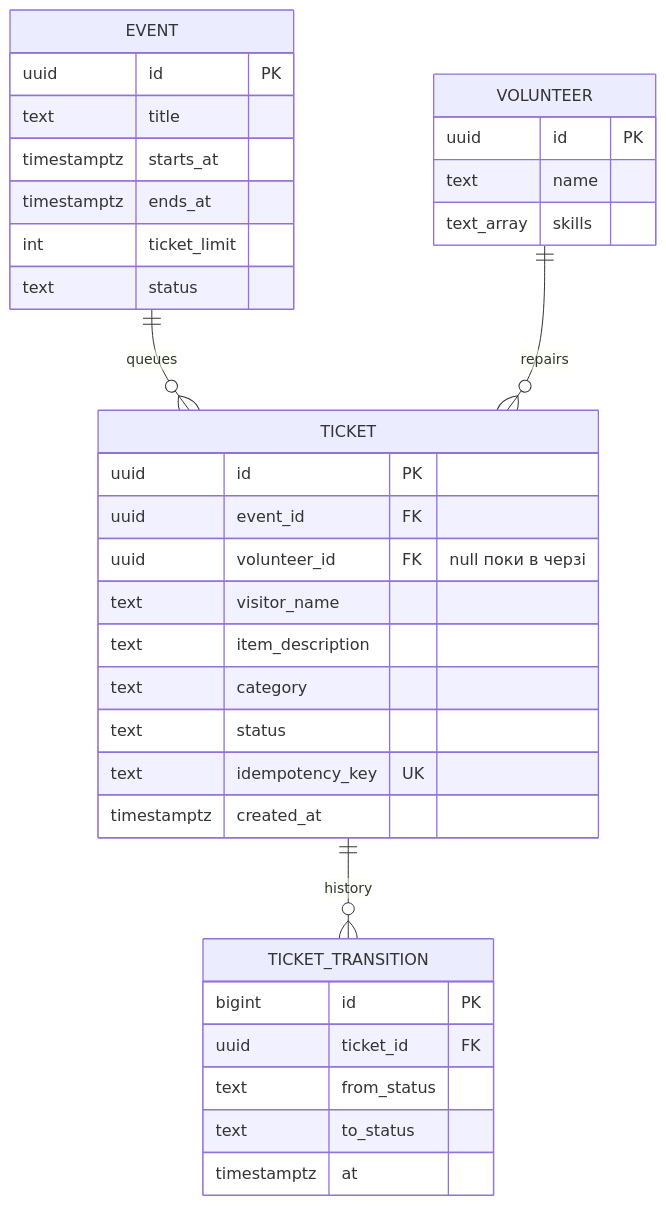
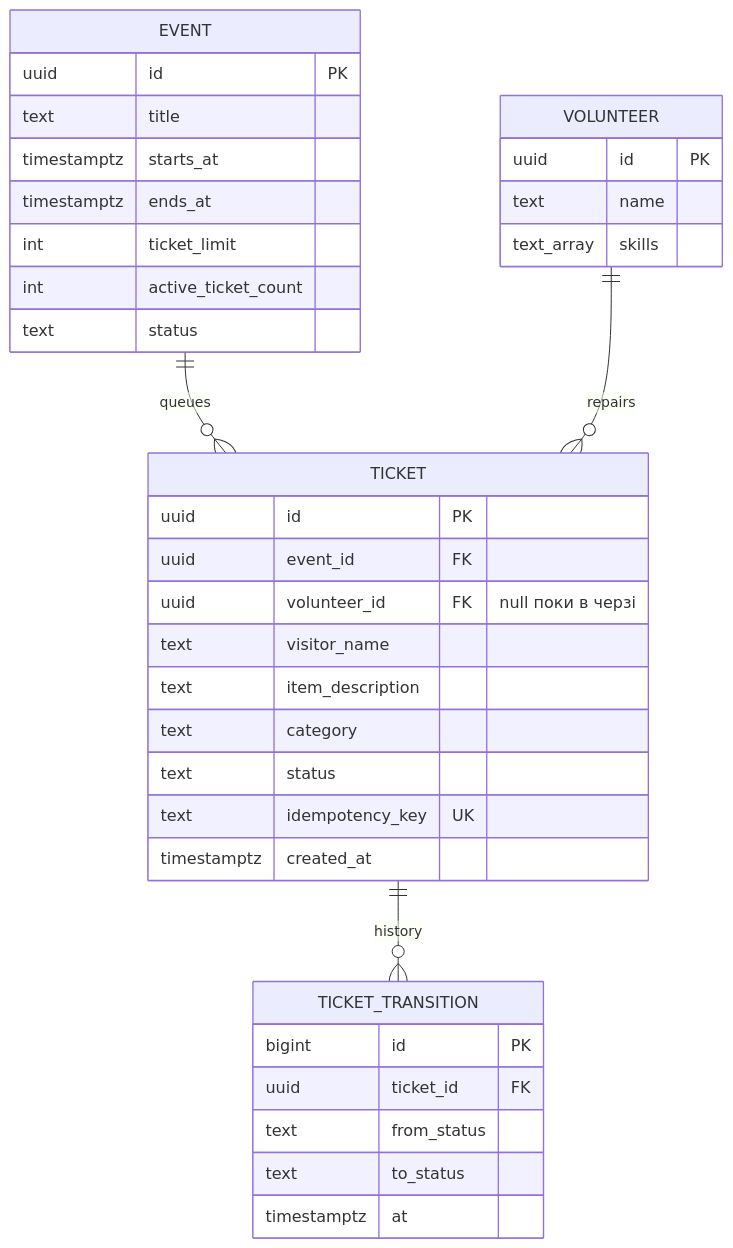
The diagram in spec.md (Oleksander12345/repair-cafe), drawn with Mermaid before and after one commit. The commit also changed other lines of this file and 5 other files, not shown here.

Commit message:
docs: specify Lab 2 contracts architecture and audit evidence

````diff
--- a/spec.md
+++ b/spec.md
@@ -26,37 +28,38 @@
 ```mermaid
 erDiagram
   EVENT ||--o{ TICKET : "queues"
   VOLUNTEER ||--o{ TICKET : "repairs"
   TICKET ||--o{ TICKET_TRANSITION : "history"
   EVENT {
     uuid id PK
     text title
     timestamptz starts_at
     timestamptz ends_at
     int ticket_limit
+    int active_ticket_count
     text status
   }
   VOLUNTEER {
     uuid id PK
     text name
     text_array skills
   }
   TICKET {
     uuid id PK
     uuid event_id FK
     uuid volunteer_id FK "null поки в черзі"
     text visitor_name
     text item_description
     text category
     text status
     text idempotency_key UK
     timestamptz created_at
   }
   TICKET_TRANSITION {
     bigint id PK
     uuid ticket_id FK
     text from_status
     text to_status
     timestamptz at
   }
 ```
````
